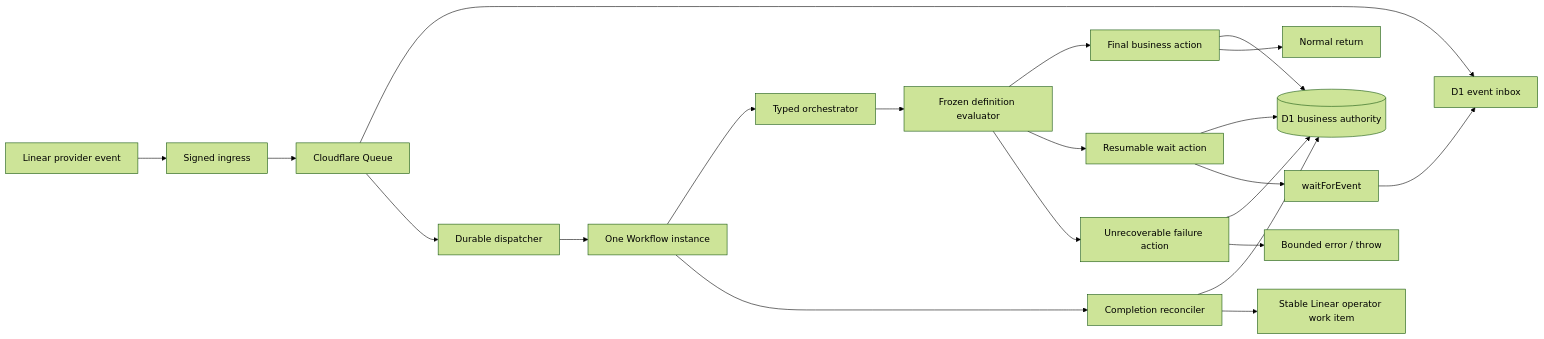
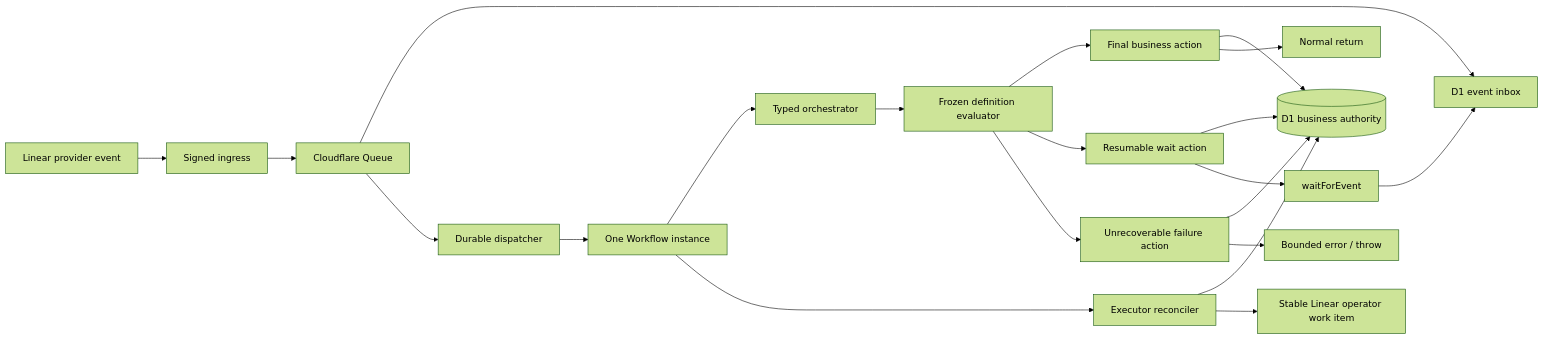
Before and after one commit to sachinkundu/deos: the first of 2 diagrams in openspec/changes/separate-executor-and-business-lifecycle/design.md, drawn with Mermaid (forest theme). The commit also changed other lines of this file and 2 other files, not shown here.

````diff
--- a/openspec/changes/separate-executor-and-business-lifecycle/design.md
+++ b/openspec/changes/separate-executor-and-business-lifecycle/design.md
@@ -31,23 +31,23 @@
 ```mermaid
 flowchart LR
     Linear[Linear provider event] --> Ingress[Signed ingress]
     Ingress --> Queue[Cloudflare Queue]
     Queue --> Inbox[D1 event inbox]
     Queue --> Dispatch[Durable dispatcher]
     Dispatch --> Instance[One Workflow instance]
     Instance --> Orchestrator[Typed orchestrator]
     Orchestrator --> Evaluator[Frozen definition evaluator]
     Evaluator --> Final[Final business action]
     Evaluator --> Wait[Resumable wait action]
     Evaluator --> Failure[Unrecoverable failure action]
     Final --> D1[(D1 business authority)]
     Wait --> D1
     Failure --> D1
     Wait --> EventWait[waitForEvent]
     EventWait --> Inbox
     Final --> Return[Normal return]
     Failure --> Throw[Bounded error / throw]
-    Instance --> Reconcile[Completion reconciler]
+    Instance --> Reconcile[Executor reconciler]
     Reconcile --> D1
     Reconcile --> Notice[Stable Linear operator work item]
 ```
````
